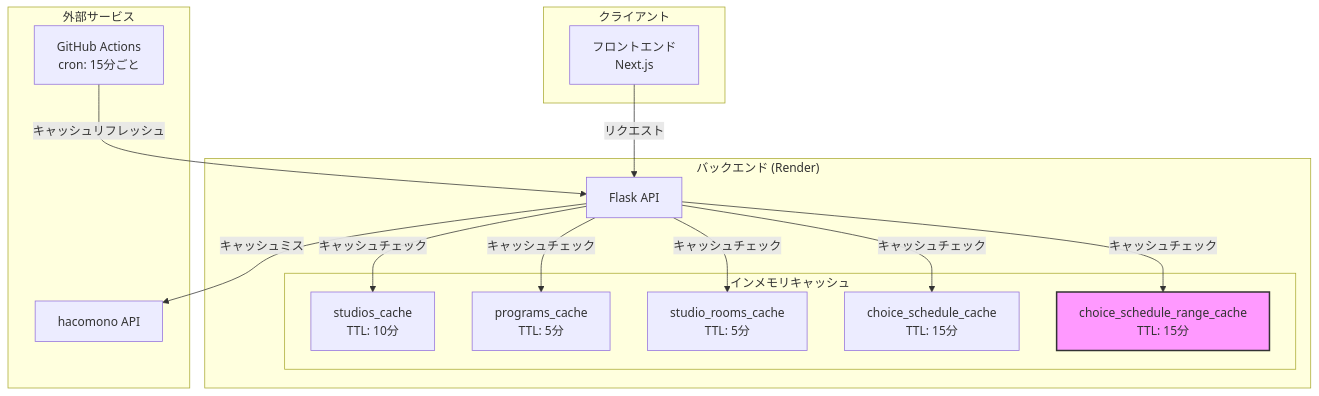
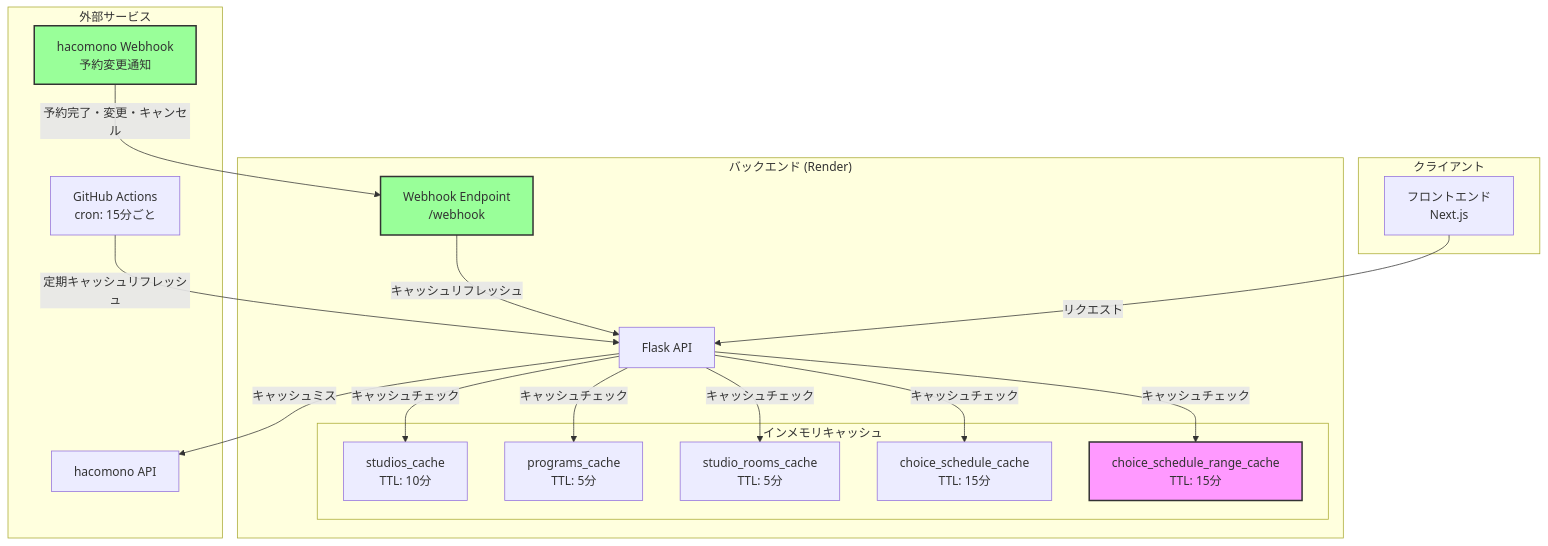
One commit to latte0/happle-reservation changed the first of 7 diagrams in happle-reservation/docs/cache-architecture.md. Above: the diagram before and after it, drawn with Mermaid. The commit also changed other lines of this file and 1 other file, not shown here.

````diff
--- a/happle-reservation/docs/cache-architecture.md
+++ b/happle-reservation/docs/cache-architecture.md
@@ -11,29 +11,35 @@
 ```mermaid
 flowchart TB
     subgraph "クライアント"
         FE[フロントエンド<br/>Next.js]
     end
     
     subgraph "バックエンド (Render)"
         API[Flask API]
+        WH[Webhook Endpoint<br/>/webhook]
         subgraph "インメモリキャッシュ"
             C1[studios_cache<br/>TTL: 10分]
             C2[programs_cache<br/>TTL: 5分]
             C3[studio_rooms_cache<br/>TTL: 5分]
             C4[choice_schedule_cache<br/>TTL: 15分]
             C5[choice_schedule_range_cache<br/>TTL: 15分]
         end
     end
     
     subgraph "外部サービス"
         HACO[hacomono API]
+        HACO_WH[hacomono Webhook<br/>予約変更通知]
         GHA[GitHub Actions<br/>cron: 15分ごと]
     end
     
     FE -->|リクエスト| API
     API -->|キャッシュチェック| C1 & C2 & C3 & C4 & C5
     API -->|キャッシュミス| HACO
-    GHA -->|キャッシュリフレッシュ| API
+    HACO_WH -->|予約完了・変更・キャンセル| WH
+    WH -->|キャッシュリフレッシュ| API
+    GHA -->|定期キャッシュリフレッシュ| API
     
     style C5 fill:#f9f,stroke:#333,stroke-width:2px
+    style WH fill:#9f9,stroke:#333,stroke-width:2px
+    style HACO_WH fill:#9f9,stroke:#333,stroke-width:2px
 ```
````
